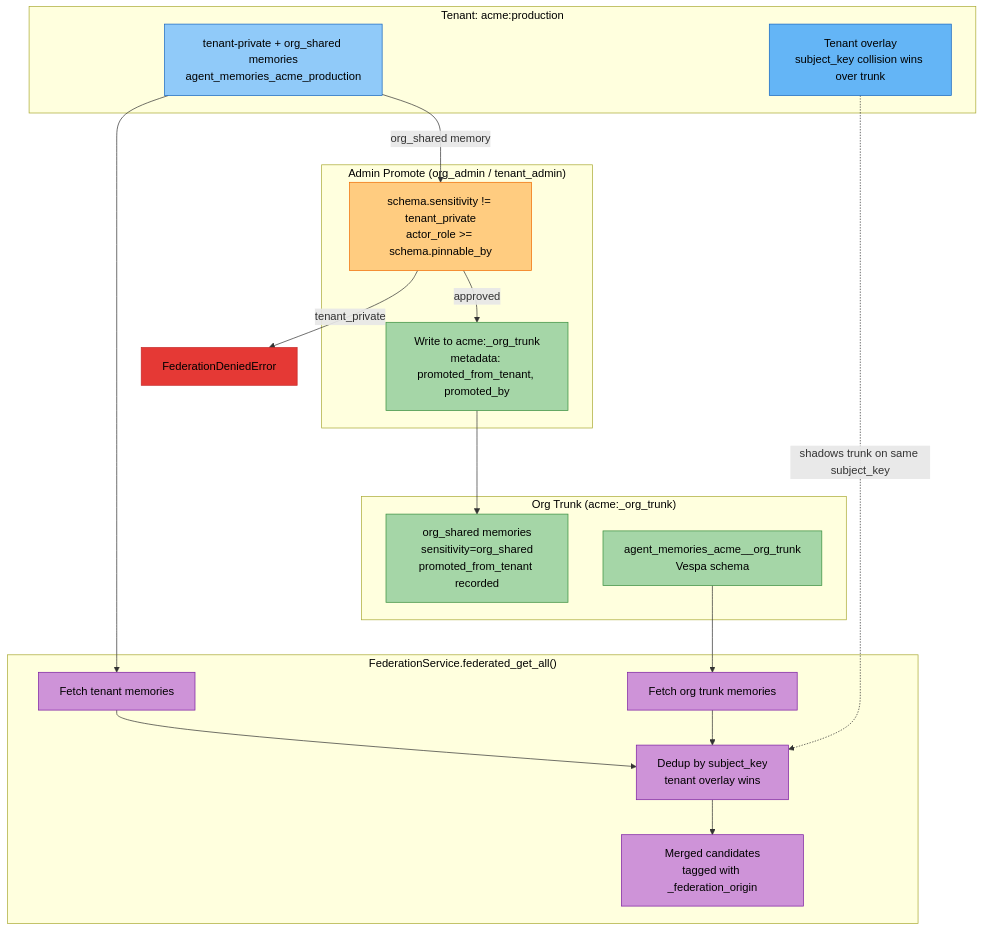
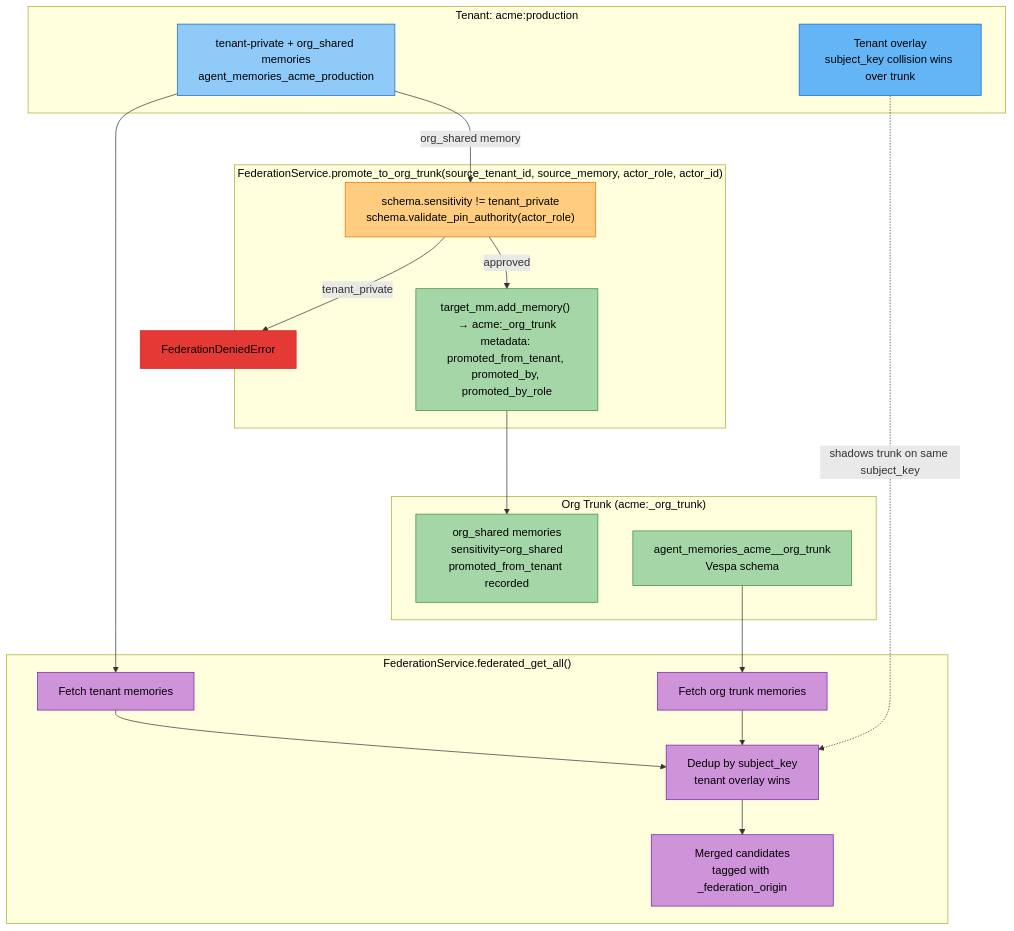
One commit to amit-jain/cogniverse changed diagram 19 of 21 in docs/diagrams/multi-tenant-diagrams.md. Above: the diagram before and after it, drawn with Mermaid. The commit also changed other lines of this file and 50 other files, not shown here.

First line of the commit message:
Complete and verify docs against code with mermaid palette

````diff
--- a/docs/diagrams/multi-tenant-diagrams.md
+++ b/docs/diagrams/multi-tenant-diagrams.md
@@ -843,48 +866,48 @@
 ```mermaid
 flowchart TB
     subgraph OrgKnowledge["<span style='color:#000'>Org Trunk (acme:_org_trunk)</span>"]
         OrgTrunkMem["<span style='color:#000'>org_shared memories<br/>sensitivity=org_shared<br/>promoted_from_tenant recorded</span>"]
         OrgTrunkVespa["<span style='color:#000'>agent_memories_acme__org_trunk<br/>Vespa schema</span>"]
     end
 
     subgraph TenantProd["<span style='color:#000'>Tenant: acme:production</span>"]
         TenantMem["<span style='color:#000'>tenant-private + org_shared memories<br/>agent_memories_acme_production</span>"]
         TenantOverlay["<span style='color:#000'>Tenant overlay<br/>subject_key collision wins over trunk</span>"]
     end
 
     subgraph FedRead["<span style='color:#000'>FederationService.federated_get_all()</span>"]
         FetchTenant["<span style='color:#000'>Fetch tenant memories</span>"]
         FetchTrunk["<span style='color:#000'>Fetch org trunk memories</span>"]
         DedupSubjectKey["<span style='color:#000'>Dedup by subject_key<br/>tenant overlay wins</span>"]
         MergedResult["<span style='color:#000'>Merged candidates<br/>tagged with _federation_origin</span>"]
     end
 
-    subgraph PromotePath["<span style='color:#000'>Admin Promote (org_admin / tenant_admin)</span>"]
-        PromoteCheck["<span style='color:#000'>schema.sensitivity != tenant_private<br/>actor_role >= schema.pinnable_by</span>"]
-        PromoteWrite["<span style='color:#000'>Write to acme:_org_trunk<br/>metadata: promoted_from_tenant, promoted_by</span>"]
+    subgraph PromotePath["<span style='color:#000'>FederationService.promote_to_org_trunk(source_tenant_id, source_memory, actor_role, actor_id)</span>"]
+        PromoteCheck["<span style='color:#000'>schema.sensitivity != tenant_private<br/>schema.validate_pin_authority(actor_role)</span>"]
+        PromoteWrite["<span style='color:#000'>target_mm.add_memory() → acme:_org_trunk<br/>metadata: promoted_from_tenant, promoted_by, promoted_by_role</span>"]
     end
 
     TenantMem --> FetchTenant
     OrgTrunkVespa --> FetchTrunk
     FetchTenant --> DedupSubjectKey
     FetchTrunk --> DedupSubjectKey
     DedupSubjectKey --> MergedResult
     TenantOverlay -.->|shadows trunk on same subject_key| DedupSubjectKey
 
     TenantMem -->|org_shared memory| PromoteCheck
     PromoteCheck -->|approved| PromoteWrite
     PromoteWrite --> OrgTrunkMem
     PromoteCheck -->|tenant_private| BlockedPromotion["<span style='color:#000'>FederationDeniedError</span>"]
 
     style OrgTrunkMem fill:#a5d6a7,stroke:#388e3c,color:#000
     style OrgTrunkVespa fill:#a5d6a7,stroke:#388e3c,color:#000
     style TenantMem fill:#90caf9,stroke:#1565c0,color:#000
     style TenantOverlay fill:#64b5f6,stroke:#1565c0,color:#000
     style FetchTenant fill:#ce93d8,stroke:#7b1fa2,color:#000
     style FetchTrunk fill:#ce93d8,stroke:#7b1fa2,color:#000
     style DedupSubjectKey fill:#ce93d8,stroke:#7b1fa2,color:#000
     style MergedResult fill:#ce93d8,stroke:#7b1fa2,color:#000
     style PromoteCheck fill:#ffcc80,stroke:#ef6c00,color:#000
     style PromoteWrite fill:#a5d6a7,stroke:#388e3c,color:#000
     style BlockedPromotion fill:#e53935,stroke:#c62828,color:#fff
 ```
````
